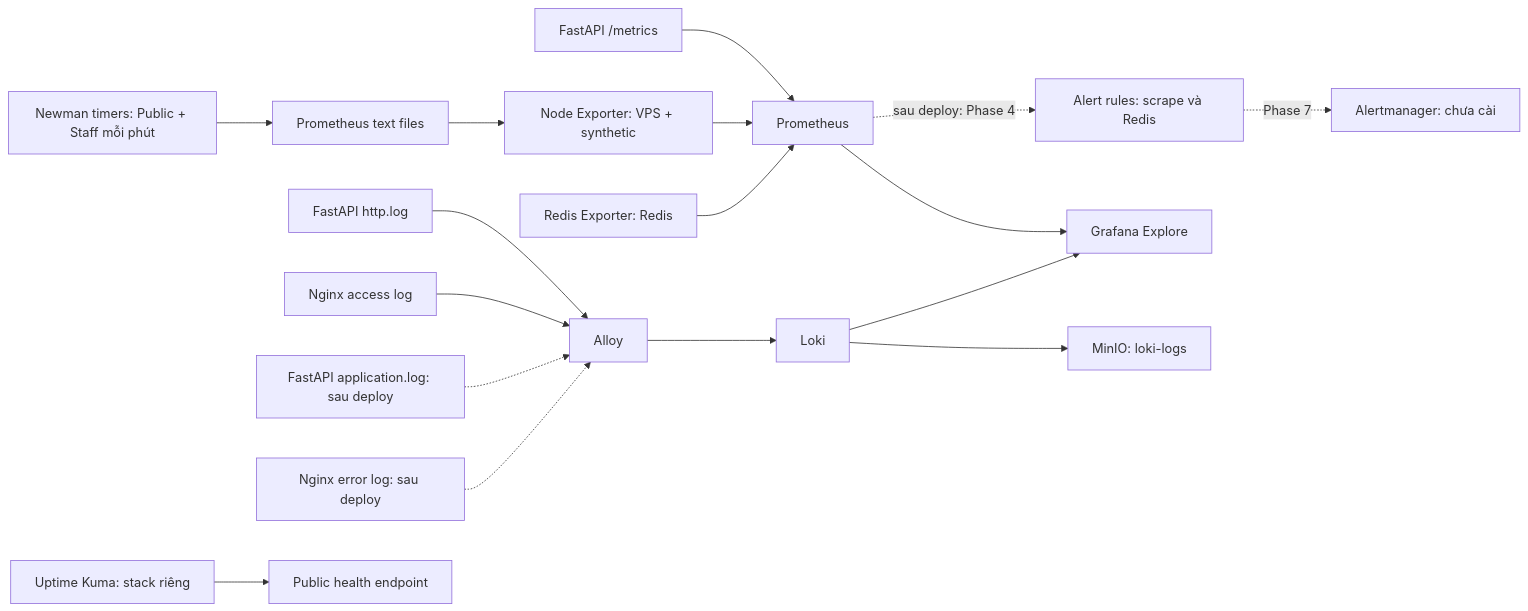
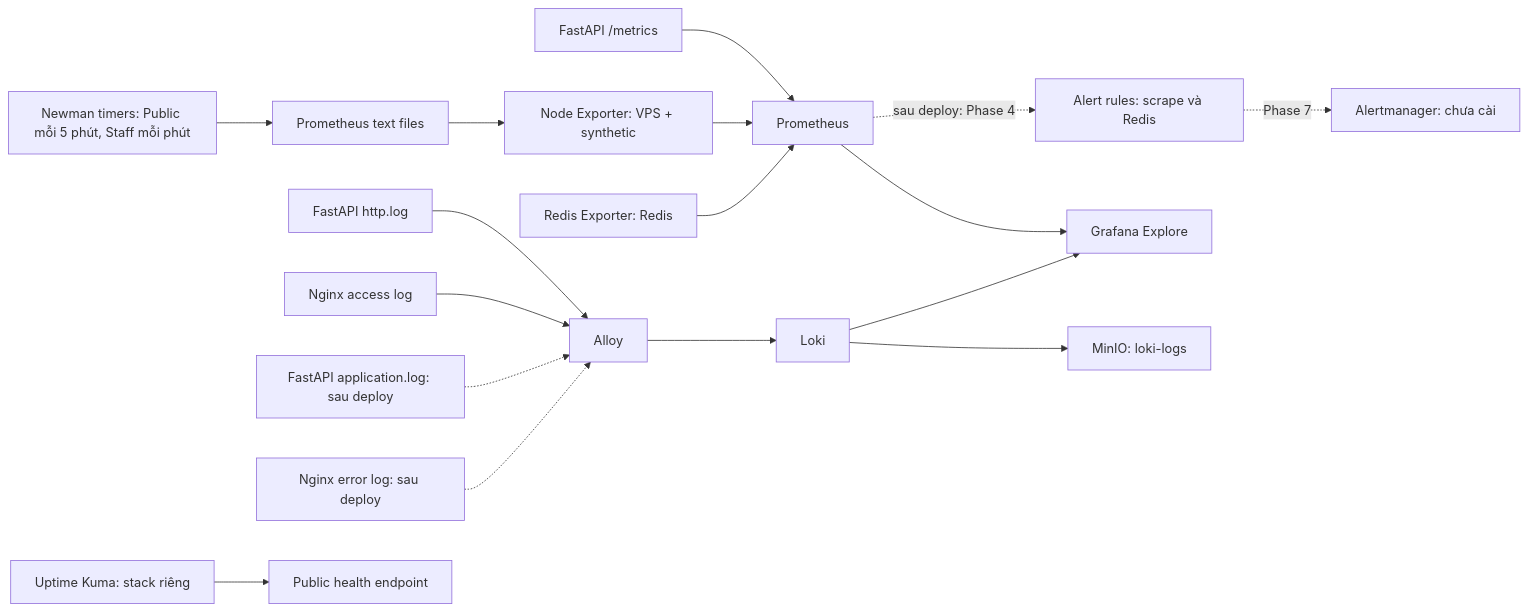
The diagram in docs/deploy/monitoring/system_architecture_lineage.md (vothanhphu9x-pixel/superstore_ecommerce), drawn with Mermaid before and after one commit. The commit also changed 9 other files, not shown here.

````diff
--- a/docs/deploy/monitoring/system_architecture_lineage.md
+++ b/docs/deploy/monitoring/system_architecture_lineage.md
@@ -10,21 +10,21 @@
 ```mermaid
 flowchart LR
     API[FastAPI /metrics] --> P[Prometheus]
-    N[Newman timers: Public + Staff mỗi phút] --> F[Prometheus text files]
+    N[Newman timers: Public mỗi 5 phút, Staff mỗi phút] --> F[Prometheus text files]
     F --> NE[Node Exporter: VPS + synthetic]
     NE --> P
     RE[Redis Exporter: Redis] --> P
     P --> G[Grafana Explore]
     P -. sau deploy: Phase 4 .-> AR[Alert rules: scrape và Redis]
     AR -. Phase 7 .-> AM[Alertmanager: chưa cài]
 
     AH[FastAPI http.log] --> A[Alloy]
     NG[Nginx access log] --> A
     APP[FastAPI application.log: sau deploy] -.-> A
     NELOG[Nginx error log: sau deploy] -.-> A
     A --> L[Loki]
     L --> M[MinIO: loki-logs]
     L --> G
 
     K[Uptime Kuma: stack riêng] --> PUB[Public health endpoint]
 ```
````
